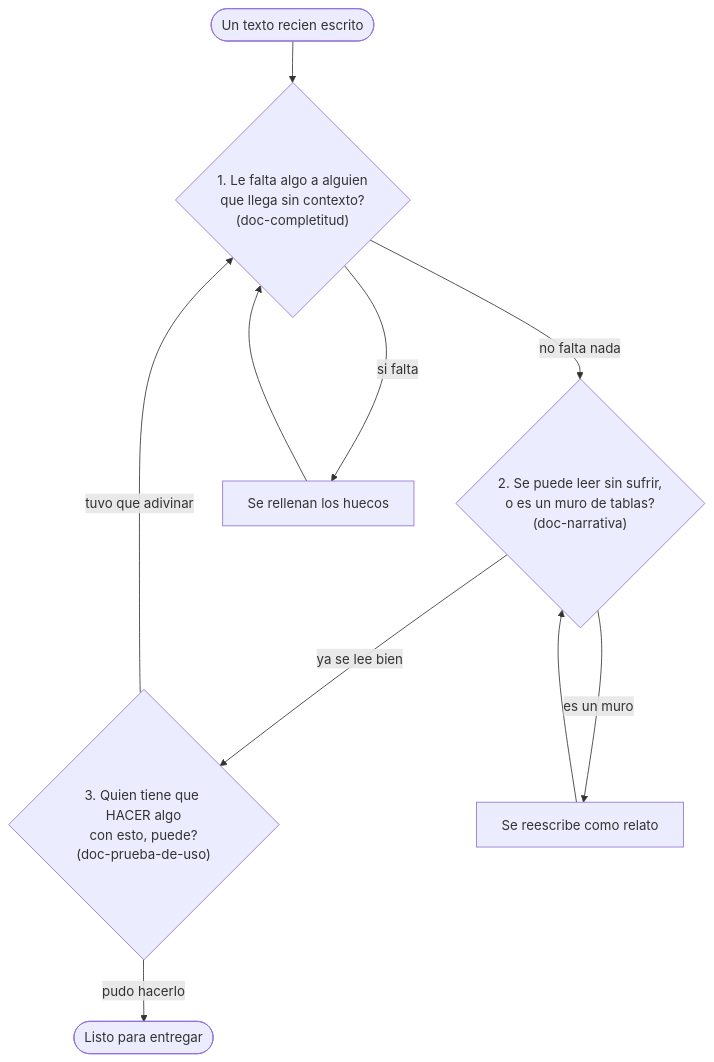
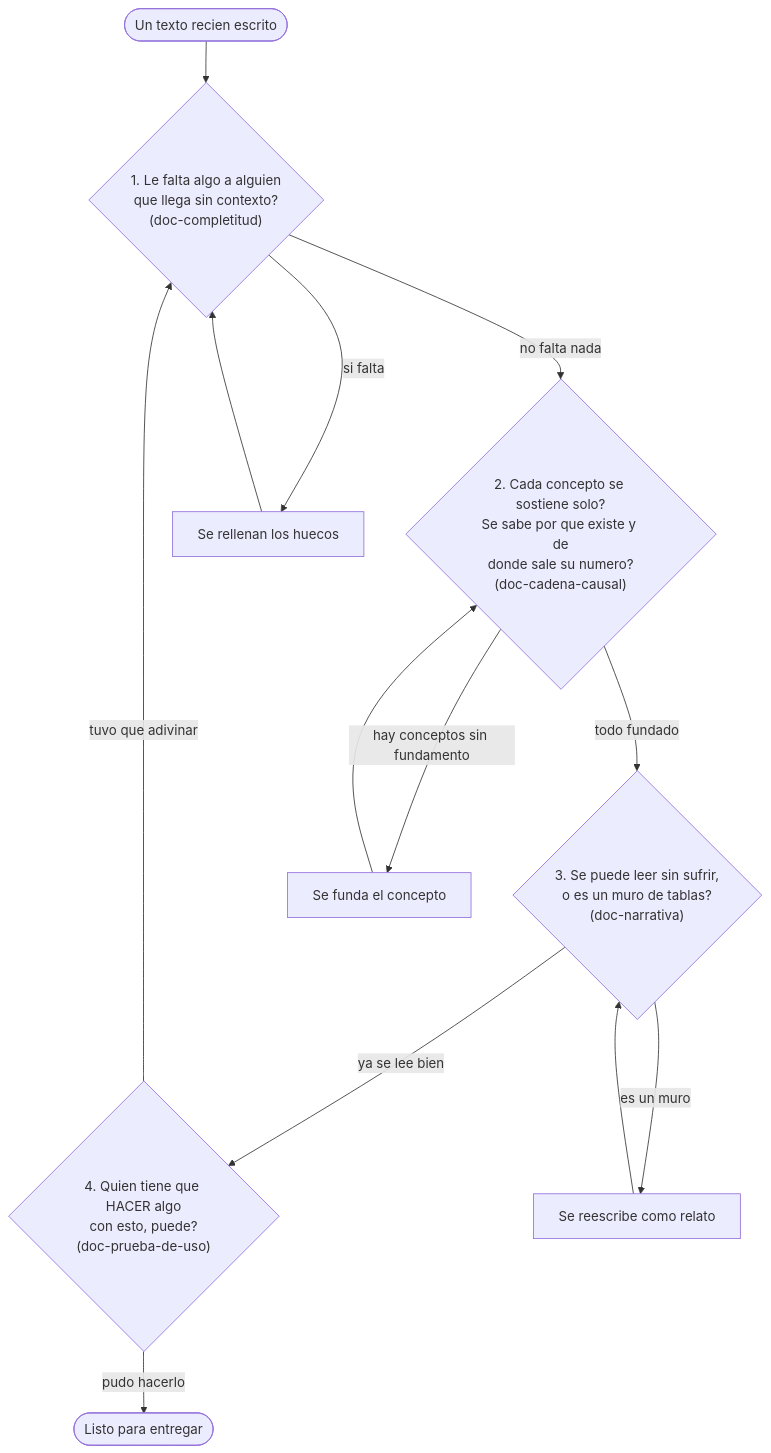
Before and after one commit to JoaquinMulet/kumo-skills: the second of 3 diagrams in README.md, drawn with Mermaid. The commit also changed other lines of this file and 4 other files, not shown here.

First line of the commit message:
docs: portar doc-cadena-causal al repo e integrarla al pipeline documental

````diff
--- a/README.md
+++ b/README.md
@@ -93,22 +95,28 @@
 ```mermaid
 flowchart TD
   T(["Un texto recien escrito"]) --> C1
 
   C1{"1. Le falta algo a alguien<br/>que llega sin contexto?<br/>(doc-completitud)"}
-  C2{"2. Se puede leer sin sufrir,<br/>o es un muro de tablas?<br/>(doc-narrativa)"}
-  C3{"3. Quien tiene que HACER algo<br/>con esto, puede?<br/>(doc-prueba-de-uso)"}
+  CC{"2. Cada concepto se sostiene solo?<br/>Se sabe por que existe y de<br/>donde sale su numero?<br/>(doc-cadena-causal)"}
+  C2{"3. Se puede leer sin sufrir,<br/>o es un muro de tablas?<br/>(doc-narrativa)"}
+  C3{"4. Quien tiene que HACER algo<br/>con esto, puede?<br/>(doc-prueba-de-uso)"}
 
   F1["Se rellenan los huecos"]
+  FC["Se funda el concepto"]
   F2["Se reescribe como relato"]
 
-  C1 -->|"no falta nada"| C2
+  C1 -->|"no falta nada"| CC
   C1 -->|"si falta"| F1
   F1 --> C1
+
+  CC -->|"todo fundado"| C2
+  CC -->|"hay conceptos sin fundamento"| FC
+  FC --> CC
 
   C2 -->|"ya se lee bien"| C3
   C2 -->|"es un muro"| F2
   F2 --> C2
 
   C3 -->|"pudo hacerlo"| OK(["Listo para entregar"])
   C3 -->|"tuvo que adivinar"| C1
 ```
````
